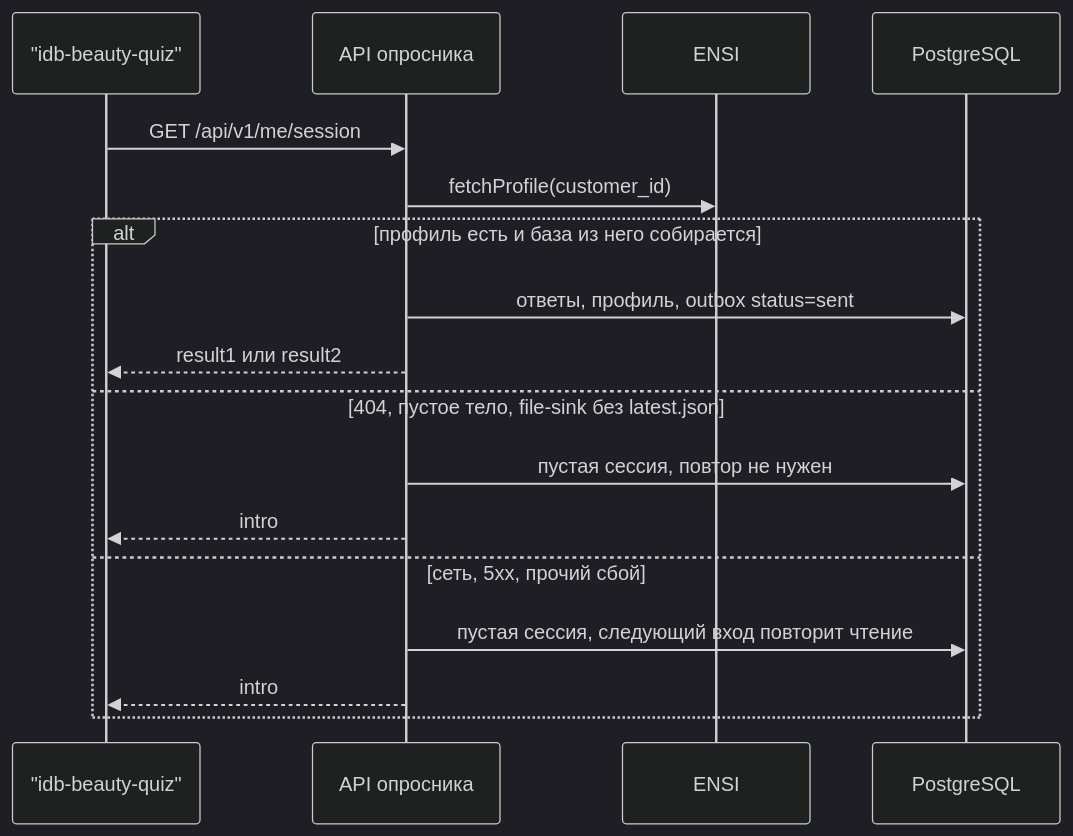
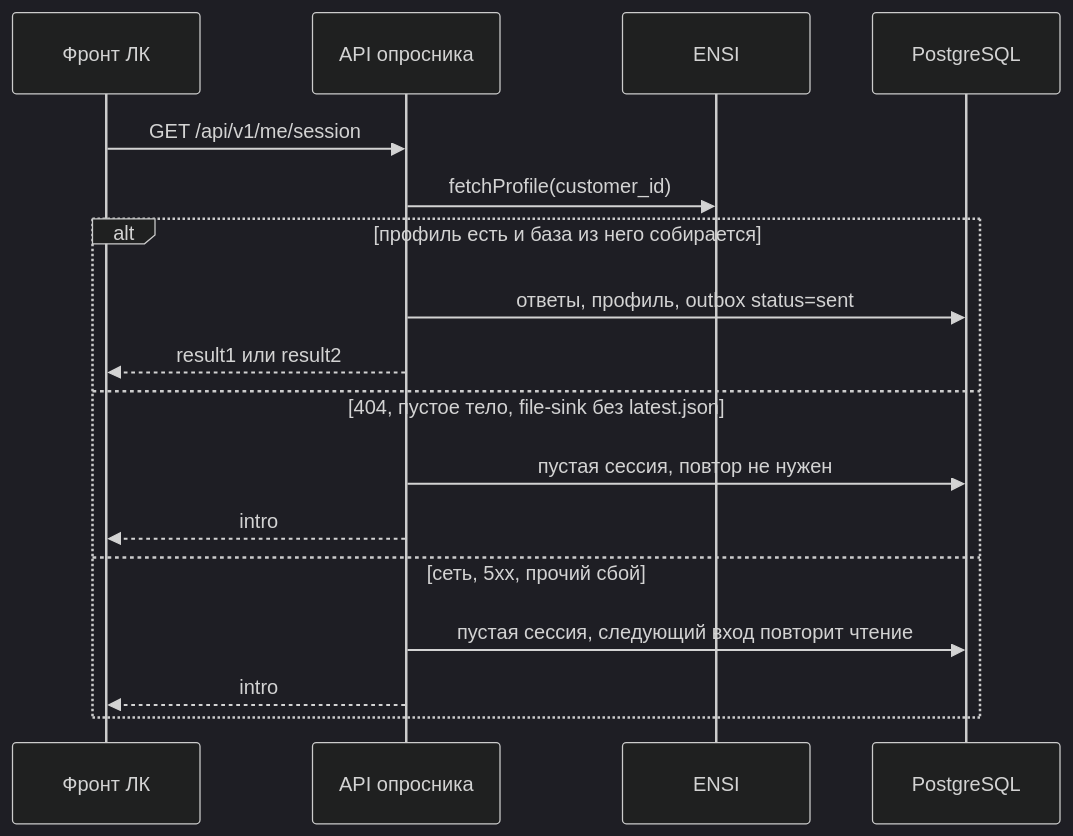
The third of 5 diagrams in docs/API.md (pomazkoff/idb-beauty-passport), drawn with Mermaid (dark theme) before and after one commit. The commit also changed other lines of this file and 19 other files, not shown here.

````diff
--- a/docs/API.md
+++ b/docs/API.md
@@ -186,20 +241,20 @@
 ```mermaid
 sequenceDiagram
-  participant W as "idb-beauty-quiz"
+  participant LK as Фронт ЛК
   participant API as API опросника
   participant ENSI as ENSI
   participant DB as PostgreSQL
 
-  W->>API: GET /api/v1/me/session
+  LK->>API: GET /api/v1/me/session
   API->>ENSI: fetchProfile(customer_id)
   alt профиль есть и база из него собирается
     API->>DB: ответы, профиль, outbox status=sent
-    API-->>W: result1 или result2
+    API-->>LK: result1 или result2
   else 404, пустое тело, file-sink без latest.json
     API->>DB: пустая сессия, повтор не нужен
-    API-->>W: intro
+    API-->>LK: intro
   else сеть, 5xx, прочий сбой
     API->>DB: пустая сессия, следующий вход повторит чтение
-    API-->>W: intro
+    API-->>LK: intro
   end
 ```
````
